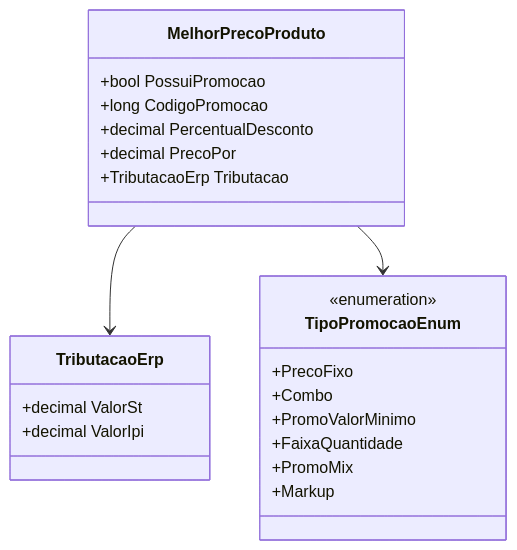
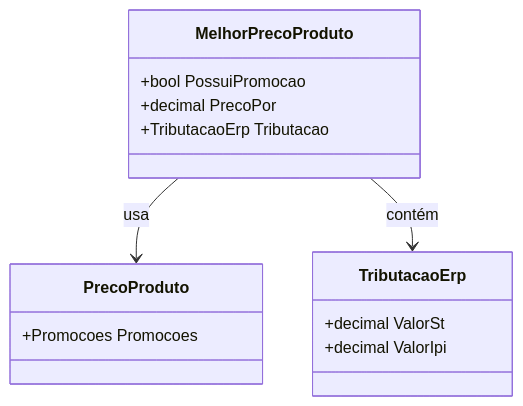
One commit to IsthmusSistemas/documentacao-tecnica changed the second of 2 diagrams in docs/b2b-dominio/IsthmusWinthor.Nucleo/IsthmusWinthor.Dominio/POCO/Precos/MelhorPrecoProduto.md. Above: the diagram before and after it, drawn with Mermaid. The commit also changed other lines of this file and 882 other files, not shown here.

````diff
--- a/docs/b2b-dominio/IsthmusWinthor.Nucleo/IsthmusWinthor.Dominio/POCO/Precos/MelhorPrecoProduto.md
+++ b/docs/b2b-dominio/IsthmusWinthor.Nucleo/IsthmusWinthor.Dominio/POCO/Precos/MelhorPrecoProduto.md
@@ -59,28 +65,20 @@
 ```mermaid
 classDiagram
     class MelhorPrecoProduto {
         +bool PossuiPromocao
-        +long CodigoPromocao
-        +decimal PercentualDesconto
         +decimal PrecoPor
         +TributacaoErp Tributacao
     }
-
+    
+    class PrecoProduto {
+        +Promocoes Promocoes
+    }
+    
     class TributacaoErp {
         +decimal ValorSt
         +decimal ValorIpi
     }
-
-    class TipoPromocaoEnum {
-        <<enumeration>>
-        +PrecoFixo
-        +Combo
-        +PromoValorMinimo
-        +FaixaQuantidade
-        +PromoMix
-        +Markup
-    }
     
-    MelhorPrecoProduto --> TributacaoErp
-    MelhorPrecoProduto --> TipoPromocaoEnum
+    MelhorPrecoProduto --> PrecoProduto : usa
+    MelhorPrecoProduto --> TributacaoErp : contém
 ```
````
